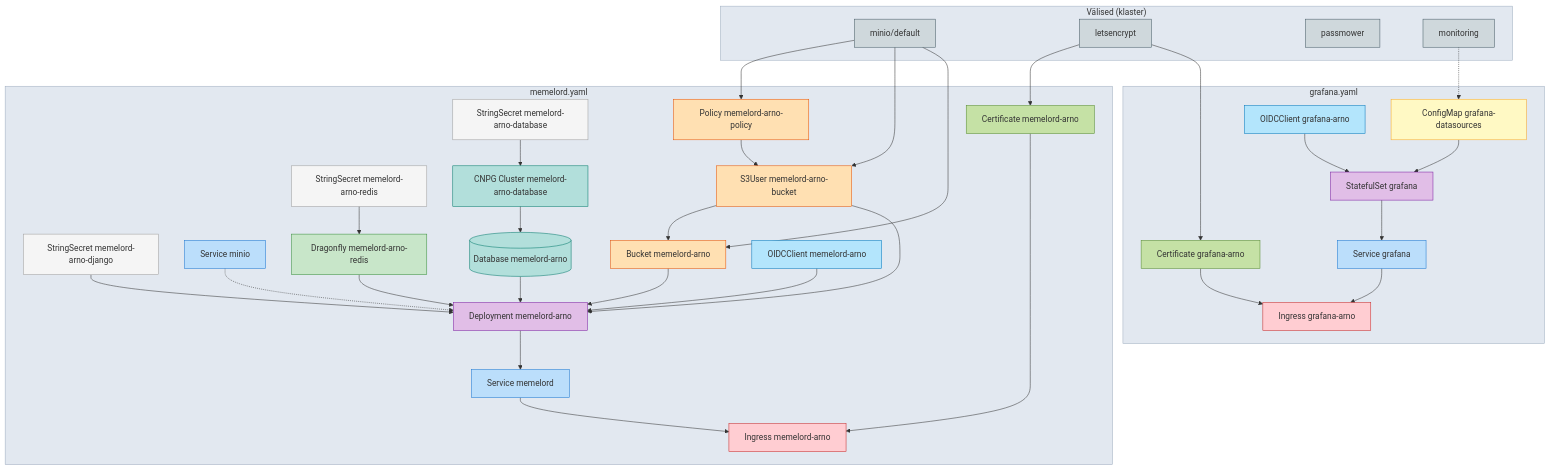
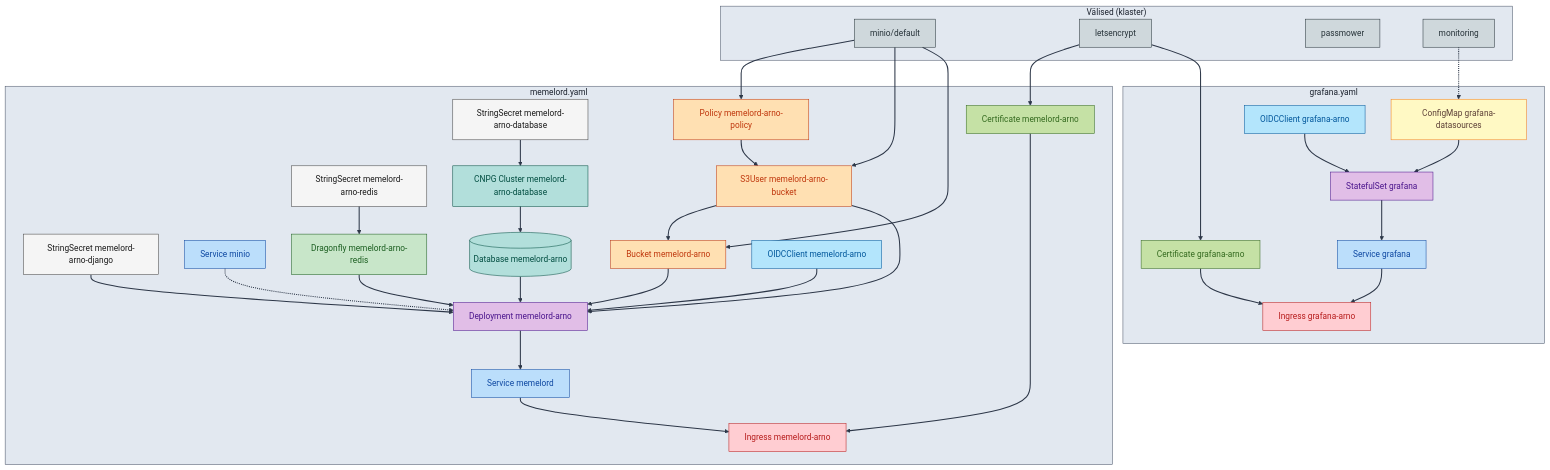
One commit to alfakilo87/memelord-arno changed the diagram in README.md. Above: the diagram before and after it, drawn with Mermaid.

Commit message:
Update manifests and README

````diff
--- a/README.md
+++ b/README.md
@@ -83,17 +83,17 @@
     CERT_gr --> ING_gr
     MON -.-> CM
 
-    classDef stringSecret fill:#f5f5f5,stroke:#9e9e9e
-    classDef service fill:#bbdefb,stroke:#1976d2
-    classDef dragonfly fill:#c8e6c9,stroke:#388e3c
-    classDef cnpg fill:#b2dfdb,stroke:#00796b
-    classDef s3 fill:#ffe0b2,stroke:#e65100
-    classDef workload fill:#e1bee7,stroke:#7b1fa2
-    classDef configmap fill:#fff9c4,stroke:#f9a825
-    classDef certificate fill:#c5e1a5,stroke:#558b2f
-    classDef ingress fill:#ffcdd2,stroke:#c62828
-    classDef oidc fill:#b3e5fc,stroke:#0277bd
-    classDef external fill:#cfd8dc,stroke:#455a64
+    classDef stringSecret fill:#f5f5f5,stroke:#424242,color:#1a1a1a
+    classDef service fill:#bbdefb,stroke:#0d47a1,color:#0d47a1
+    classDef dragonfly fill:#c8e6c9,stroke:#1b5e20,color:#1b5e20
+    classDef cnpg fill:#b2dfdb,stroke:#004d40,color:#004d40
+    classDef s3 fill:#ffe0b2,stroke:#bf360c,color:#bf360c
+    classDef workload fill:#e1bee7,stroke:#4a148c,color:#4a148c
+    classDef configmap fill:#fff9c4,stroke:#f57f17,color:#5d4037
+    classDef certificate fill:#c5e1a5,stroke:#33691e,color:#33691e
+    classDef ingress fill:#ffcdd2,stroke:#b71c1c,color:#b71c1c
+    classDef oidc fill:#b3e5fc,stroke:#01579b,color:#01579b
+    classDef external fill:#cfd8dc,stroke:#263238,color:#263238
 
     class SS_redis,SS_django,SS_db stringSecret
     class SVC_minio,SVC_ml,SVC_gr service
@@ -107,7 +107,8 @@
     class OIDC_ml,OIDC_gr oidc
     class MINIO,LE,PM,MON external
 
-    style memelord fill:#e2e8f0,stroke:#a0aec0
-    style grafana fill:#e2e8f0,stroke:#a0aec0
-    style external fill:#e2e8f0,stroke:#a0aec0
+    linkStyle default stroke:#2d3748,stroke-width:2
+    style memelord fill:#e2e8f0,stroke:#4a5568,color:#1a202c
+    style grafana fill:#e2e8f0,stroke:#4a5568,color:#1a202c
+    style external fill:#e2e8f0,stroke:#4a5568,color:#1a202c
 ```
````
